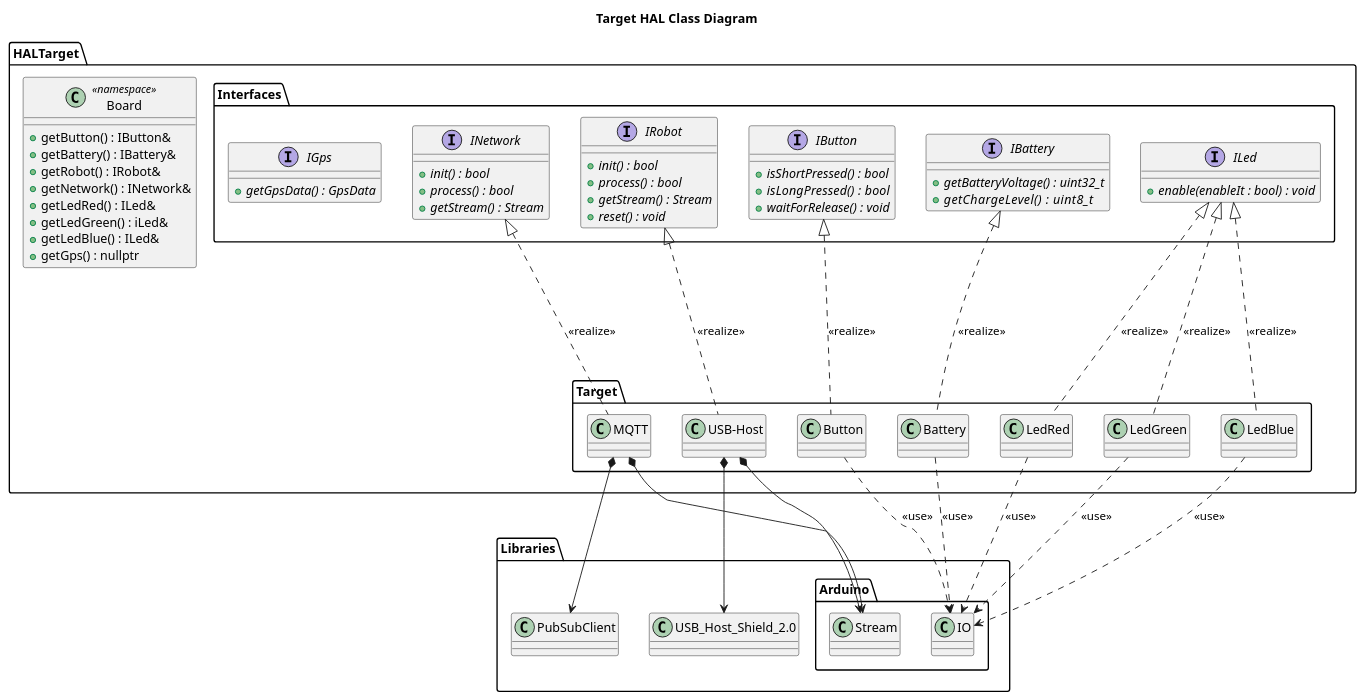
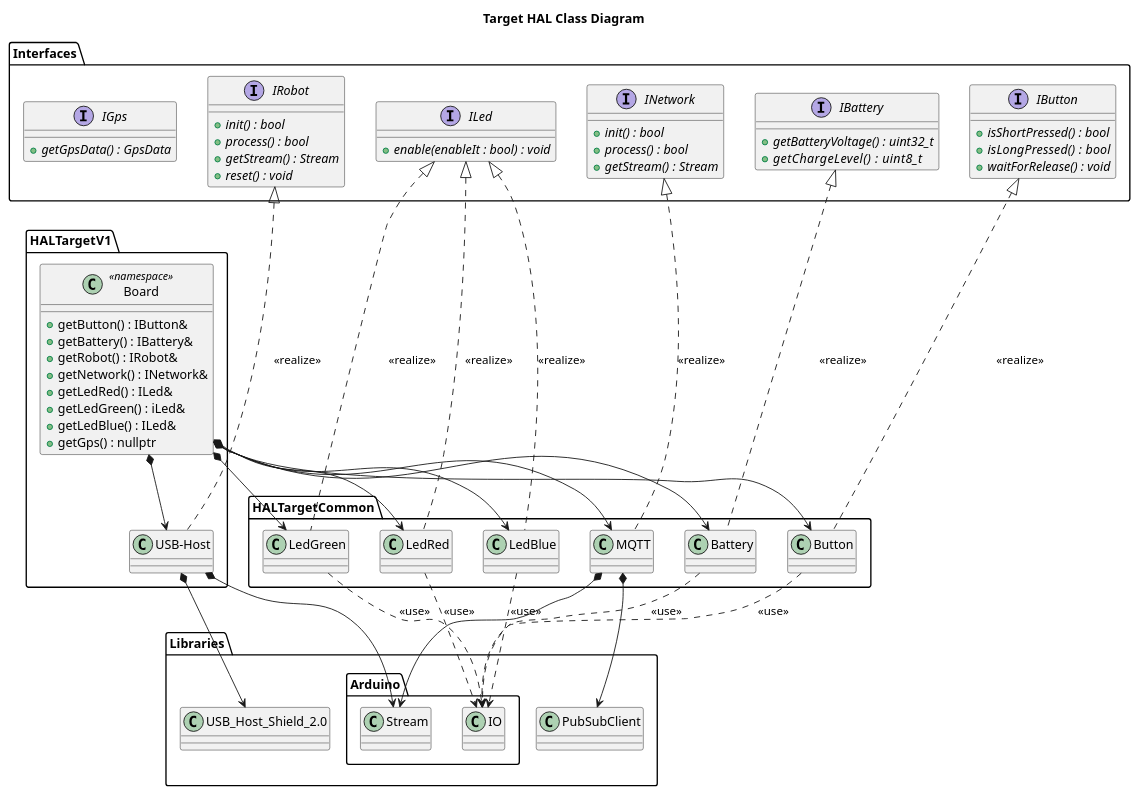
Before and after one commit to BlueAndi/DroidControlShip: the diagram in doc/architecture/uml/LogicalView/HALTarget.plantuml, drawn with PlantUML. The commit also changed 1 other file, not shown here.

```diff
--- a/doc/architecture/uml/LogicalView/HALTarget.plantuml
+++ b/doc/architecture/uml/LogicalView/HALTarget.plantuml
@@ -1,94 +1,101 @@
 @startuml Target_HAL_Class_Diag
 
 Title Target HAL Class Diagram
 
-package "HALTarget" as hal {
+package "Interfaces" as interfaces {
+    interface "IButton" as iButton {
+        + {abstract} isShortPressed() : bool
+        + {abstract} isLongPressed()  : bool
+        + {abstract} waitForRelease() : void
+    }
 
+    interface "IBattery" as iBattery {
+        + {abstract} getBatteryVoltage() : uint32_t
+        + {abstract} getChargeLevel()    : uint8_t
+    }
+
+    interface "IRobot" as iRobot {
+        + {abstract} init() : bool
+        + {abstract} process() : bool
+        + {abstract} getStream() : Stream
+        + {abstract} reset() : void
+    }
+
+    interface "INetwork" as iNetwork {
+        + {abstract} init() : bool
+        + {abstract} process() : bool
+        + {abstract} getStream() : Stream
+    }
+
+    interface "ILed" as iLed {
+        + {abstract} enable(enableIt : bool) : void
+    }
+
+    interface "IGps" as iGps {
+        + {abstract} getGpsData() : GpsData
+    }
+}
+
+package "HALTargetV1" as halV1 {
     class Board << namespace >> {
         + getButton() : IButton&
         + getBattery() : IBattery&
         + getRobot() : IRobot&
         + getNetwork() : INetwork&
         + getLedRed() : ILed&
         + getLedGreen() : iLed&
         + getLedBlue() : ILed&
         + getGps() : nullptr
     }
 
-    package "Interfaces" as interfaces {
-        interface "IButton" as iButton {
-            + {abstract} isShortPressed() : bool
-            + {abstract} isLongPressed()  : bool
-            + {abstract} waitForRelease() : void
-        }
+    class "USB-Host" as Robot
+}
 
-        interface "IBattery" as iBattery {
-            + {abstract} getBatteryVoltage() : uint32_t
-            + {abstract} getChargeLevel()    : uint8_t
-        }
-
-        interface "IRobot" as iRobot {
-            + {abstract} init() : bool
-            + {abstract} process() : bool
-            + {abstract} getStream() : Stream
-            + {abstract} reset() : void
-        }
-
-        interface "INetwork" as iNetwork {
-            + {abstract} init() : bool
-            + {abstract} process() : bool
-            + {abstract} getStream() : Stream
-        }
-
-        interface "ILed" as iLed {
-            + {abstract} enable(enableIt : bool) : void
-        }
-
-        interface "IGps" as iGps {
-            + {abstract} getGpsData() : GpsData
-        }
-    }
-
-    package "Target" as target {
-        class "Button" as Button
-        class "Battery" as Battery
-        class "USB-Host" as Robot
-        class "MQTT" as Network
-        class "LedRed" as LedRed
-        class "LedGreen" as LedGreen
-        class "LedBlue" as LedBlue
-    }
+package "HALTargetCommon" as halCommon {
+    class "Button" as Button
+    class "Battery" as Battery
+    class "MQTT" as Network
+    class "LedRed" as LedRed
+    class "LedGreen" as LedGreen
+    class "LedBlue" as LedBlue
 
     iButton <|... Button : <<realize>>
     iBattery <|... Battery : <<realize>>
     iRobot <|... Robot : <<realize>>
     iNetwork <|... Network : <<realize>>
     iLed <|... LedRed : <<realize>>
     iLed <|... LedGreen : <<realize>>
     iLed <|... LedBlue : <<realize>>
-
 }
 
 package "Libraries" as libs
 {
     class "PubSubClient" as NetworkLib
     class "USB_Host_Shield_2.0" as RobotLib
 
     package "Arduino" as arduino {
         class "IO" as IO
         class "Stream" as Stream
     }
 }
 
+Board *--> Button
+Board *--> Battery
+Board *--> Robot
+Board *--> Network
+Board *--> LedRed
+Board *--> LedGreen
+Board *--> LedBlue
+
 Robot *--> RobotLib
 Network *--> NetworkLib
 
 Robot *--> Stream
 Network *--> Stream
 Button ..> IO : <<use>>
 Battery ..> IO : <<use>>
 LedRed ..> IO : <<use>>
 LedGreen ..> IO : <<use>>
 LedBlue ..> IO : <<use>>
 
 @enduml
```
